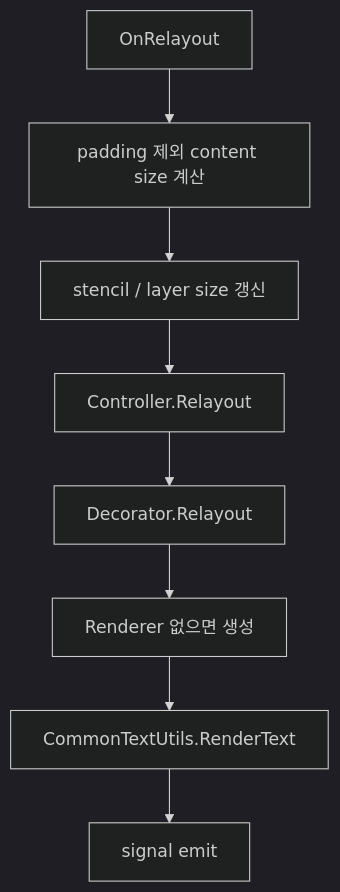
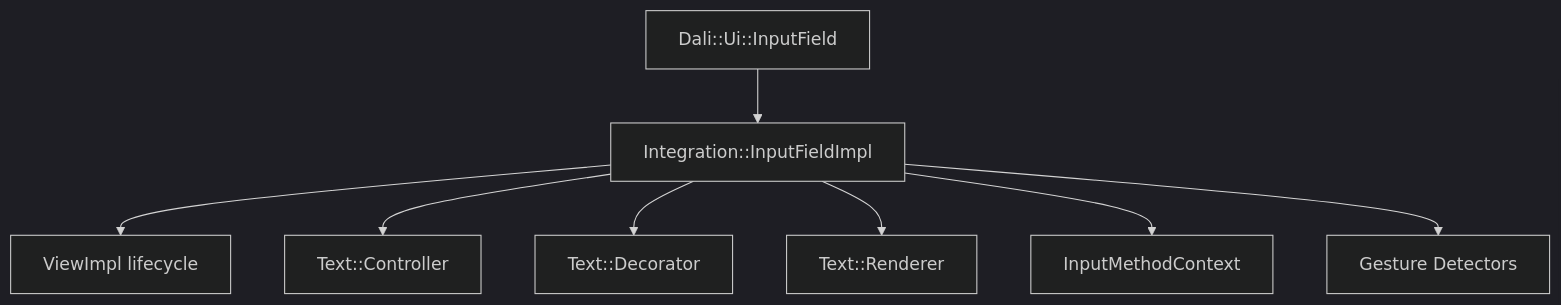
Before and after one commit to wonrst/dali-ui: the first of 2 diagrams in docs/text-visualizer/02-input-field-analysis.ko.md, drawn with Mermaid (dark theme). The commit also changed other lines of this file, not shown here.

Commit message:
Add input field analysis for text visualizer

````diff
--- a/docs/text-visualizer/02-input-field-analysis.ko.md
+++ b/docs/text-visualizer/02-input-field-analysis.ko.md
@@ -30,10 +45,10 @@
 ```mermaid
 flowchart TD
-  A[OnRelayout] --> B[padding 제외 content size 계산]
-  B --> C[stencil / layer size 갱신]
-  C --> D[Controller.Relayout]
-  D --> E[Decorator.Relayout]
-  E --> F[Renderer 없으면 생성]
-  F --> G[CommonTextUtils.RenderText]
-  G --> H[signal emit]
+  A[Dali::Ui::InputField] --> B[Integration::InputFieldImpl]
+  B --> C[ViewImpl lifecycle]
+  B --> D[Text::Controller]
+  B --> E[Text::Decorator]
+  B --> F[Text::Renderer]
+  B --> G[InputMethodContext]
+  B --> H[Gesture Detectors]
 ```
````
